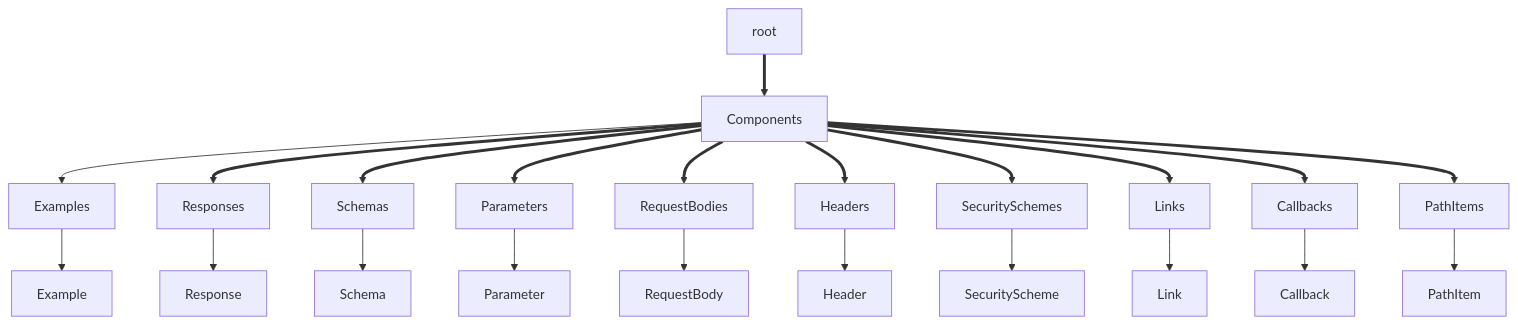
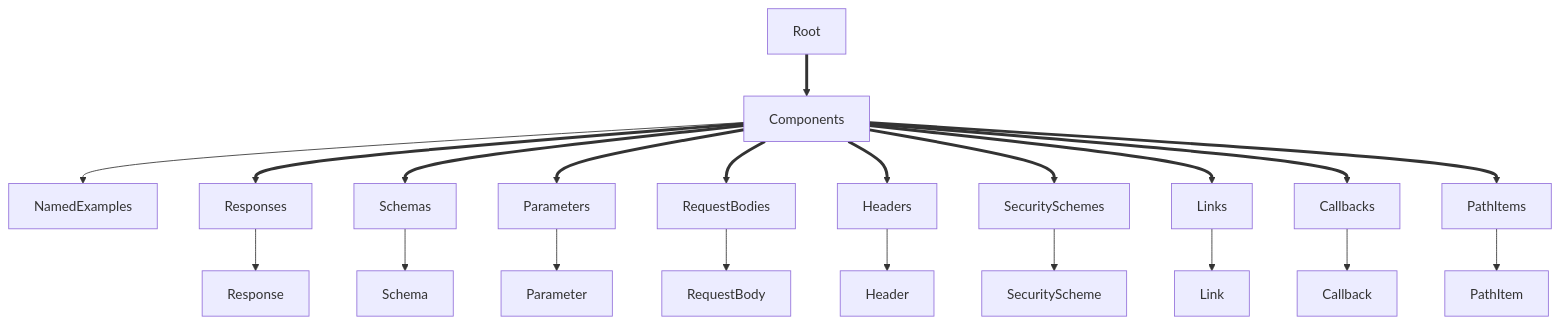
One commit to Redocly/redocly-cli changed the diagram in docs/rules/spec-components-invalid-map-name.md. Above: the diagram before and after it, drawn with Mermaid.

````diff
--- a/docs/rules/spec-components-invalid-map-name.md
+++ b/docs/rules/spec-components-invalid-map-name.md
@@ -11,15 +11,15 @@
 ```mermaid
 flowchart TD
 
-root ==> Components -->  Examples --> Example
+Root ==> Components -->  NamedExamples
 
 Components ==> Responses --> Response
 Components ==> Schemas --> Schema
 Components ==> Parameters --> Parameter
 Components ==> RequestBodies --> RequestBody
 Components ==> Headers --> Header
 Components ==> SecuritySchemes --> SecurityScheme
 Components ==> Links --> Link
 Components ==> Callbacks --> Callback
 Components ==> PathItems --> PathItem
 ```
````
